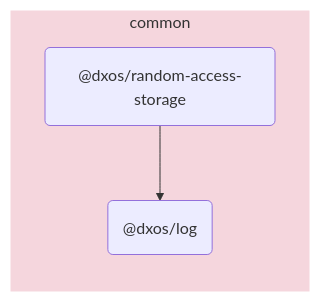
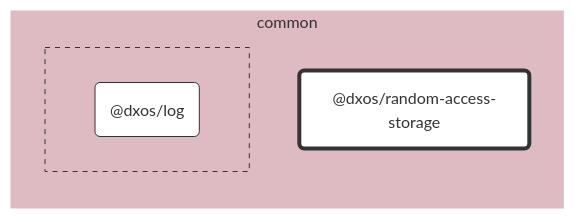
Before and after one commit to dxos/dxos: the diagram in packages/common/random-access-storage/docs/README.md, drawn with Mermaid. The commit also changed other lines of this file and 89 other files, not shown here.

````diff
--- a/packages/common/random-access-storage/docs/README.md
+++ b/packages/common/random-access-storage/docs/README.md
@@ -5,11 +7,33 @@
 ```mermaid
-flowchart LR;
+%%{ init: {'flowchart':{'curve':'basis'}} }%%
 
+flowchart LR
+
+%% Links
+
+%% Sections
 subgraph common
-  style common fill:#f5d6dd,stroke:#fff;
-  dxos/random-access-storage("@dxos/random-access-storage");
-  dxos/log("@dxos/log");
+  style common fill:#debac2,stroke:#fff;
+
+  dxos/random-access-storage("@dxos/random-access-storage")
+
+  subgraph common-excluded [ ]
+    style common-excluded fill:#debac2,stroke:#333,stroke-dasharray:5 5;
+
+    dxos/log("@dxos/log")
+  end
 end
 
-dxos/random-access-storage --> dxos/log;
+
+%% Hyperlinks
+click dxos/log "dxos/dxos/tree/main/packages/common/log/docs";
+
+%% Styles
+classDef rootNode fill:#fff,stroke:#333,stroke-width:4px
+classDef defaultNode fill:#fff,stroke:#333,stroke-width:1px
+linkStyle default stroke:#333,stroke-width:1px
+
+dxos/random-access-storage:::rootNode
+
+dxos/log:::defaultNode
 ```
````
